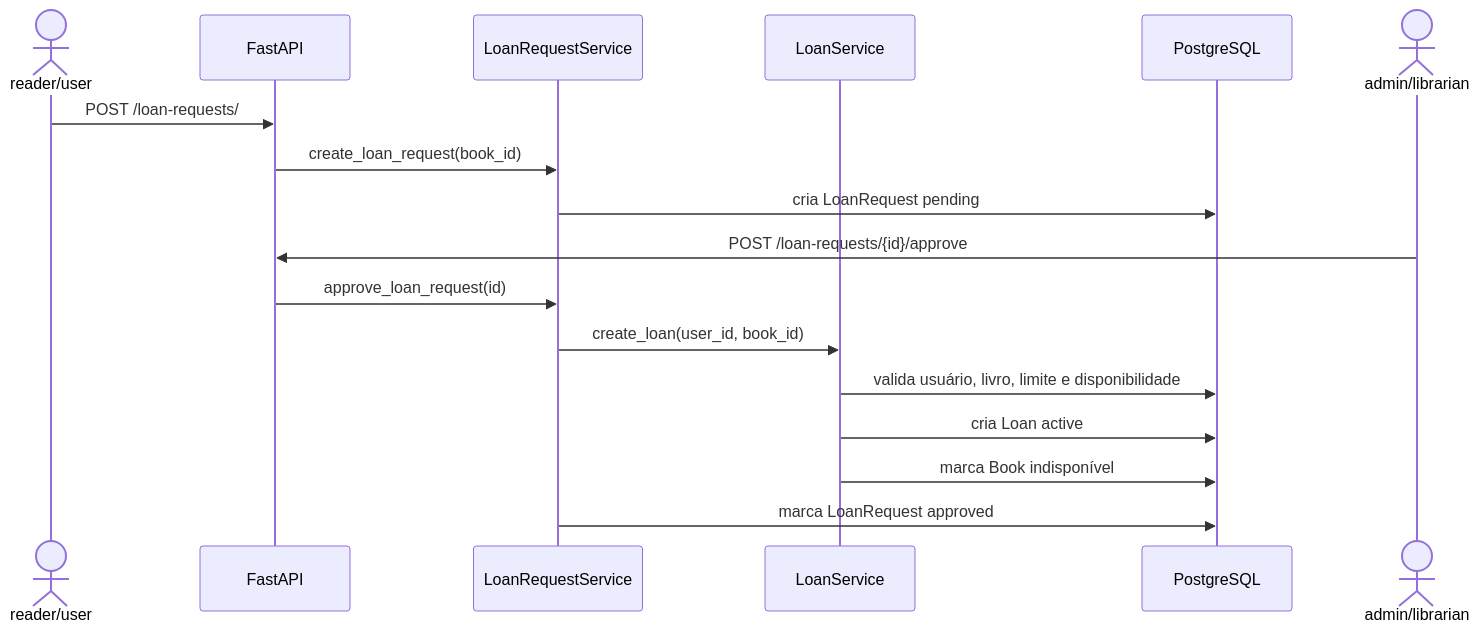
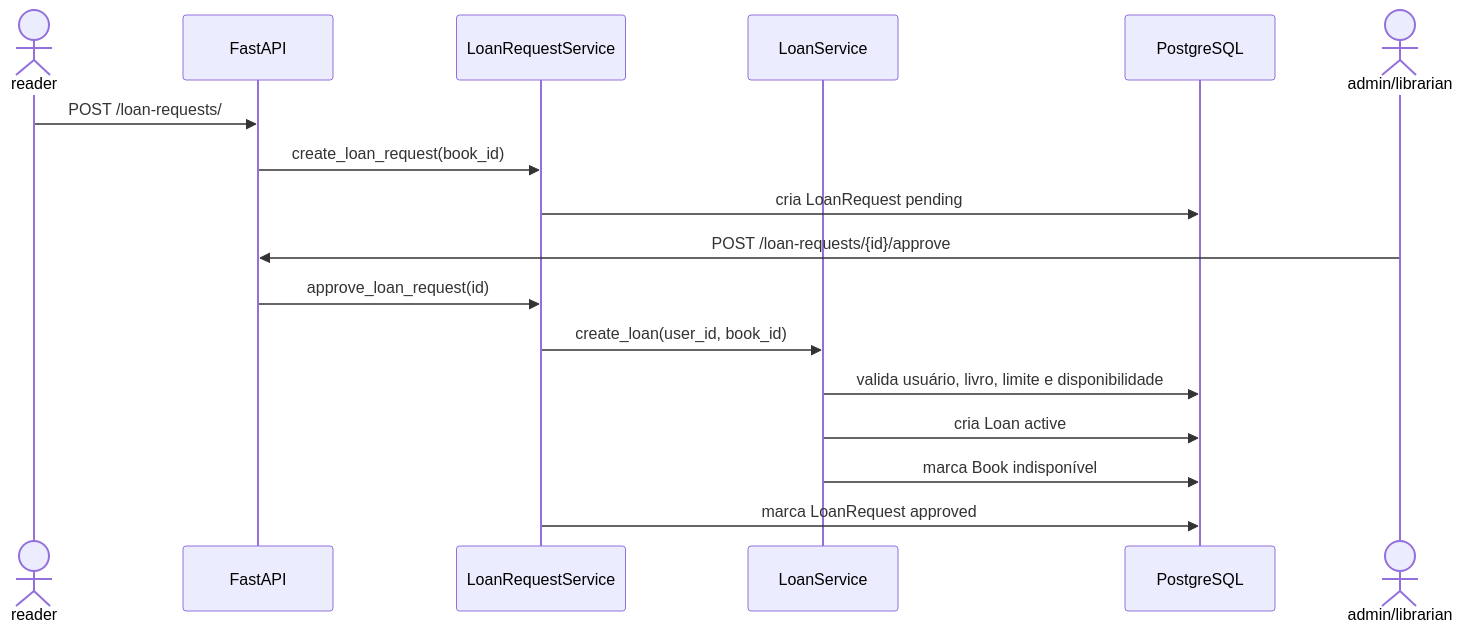
Before and after one commit to mavismmg/tech-case-btg-pactual: the fourth of 4 diagrams in README.md, drawn with Mermaid. The commit also changed other lines of this file and 1 other file, not shown here.

````diff
--- a/README.md
+++ b/README.md
@@ -396,21 +417,21 @@
 ```mermaid
 sequenceDiagram
-    actor Reader as reader/user
+    actor Reader as reader
     participant API as FastAPI
     participant RequestService as LoanRequestService
     participant LoanService as LoanService
     participant DB as PostgreSQL
     actor Staff as admin/librarian
 
     Reader->>API: POST /loan-requests/
     API->>RequestService: create_loan_request(book_id)
     RequestService->>DB: cria LoanRequest pending
 
     Staff->>API: POST /loan-requests/{id}/approve
     API->>RequestService: approve_loan_request(id)
     RequestService->>LoanService: create_loan(user_id, book_id)
     LoanService->>DB: valida usuário, livro, limite e disponibilidade
     LoanService->>DB: cria Loan active
     LoanService->>DB: marca Book indisponível
     RequestService->>DB: marca LoanRequest approved
 ```
````
